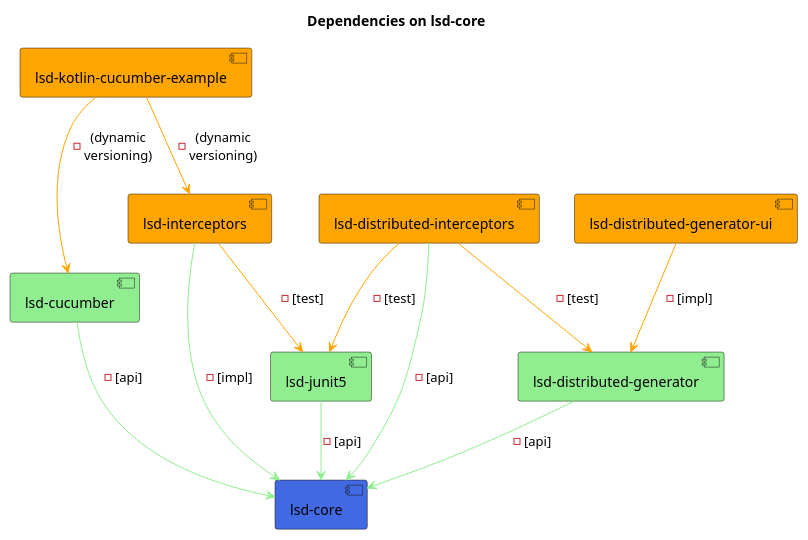
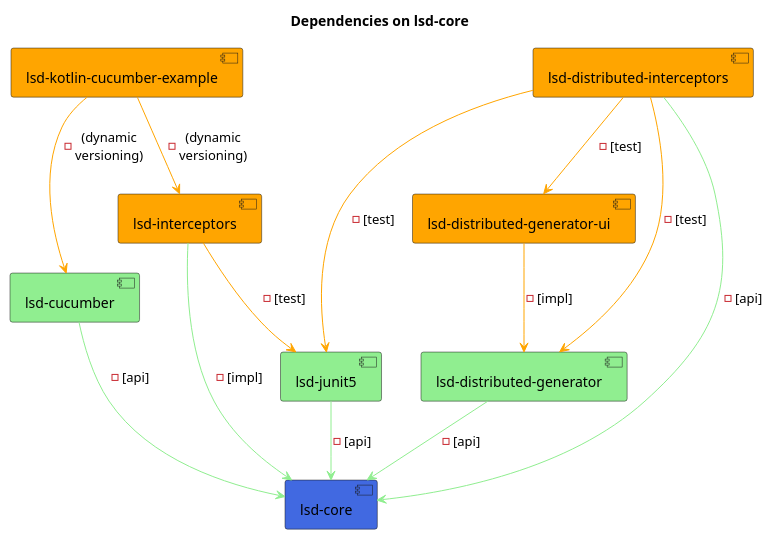
Before and after one commit to lsd-consulting/lsd-core: the diagram in docs/project_dependency_graph.puml, drawn with PlantUML.

Commit message:
chore: update dependency puml

```diff
--- a/docs/project_dependency_graph.puml
+++ b/docs/project_dependency_graph.puml
@@ -4,30 +4,31 @@
 @startuml
 title Dependencies on lsd-core
 
 component "lsd-core"#royalblue
 component "lsd-junit5"#lightgreen
 component "lsd-cucumber"#lightgreen
 component "lsd-distributed-generator"#lightgreen
 component "lsd-interceptors"#orange
 component "lsd-distributed-interceptors"#orange
 component "lsd-distributed-generator-ui"#orange
 component "lsd-kotlin-cucumber-example"#orange
 
 [lsd-junit5] -[#lightgreen]-> [lsd-core] : -[api]
 
 [lsd-cucumber] -[#lightgreen]-> [lsd-core] : -[api]
 [lsd-interceptors] -[#lightgreen]-> [lsd-core] : -[impl]
 
 [lsd-distributed-generator-ui] -[#orange]-> [lsd-distributed-generator] : -[impl]
 [lsd-distributed-generator] -[#lightgreen]-> [lsd-core] : -[api]
 
 [lsd-distributed-interceptors] -[#orange]-> [lsd-distributed-generator] : -[test]
+[lsd-distributed-interceptors] -[#orange]-> [lsd-distributed-generator-ui] : -[test]
 [lsd-distributed-interceptors] -[#lightgreen]-> [lsd-core] : -[api]
 [lsd-distributed-interceptors] -[#orange]-> [lsd-junit5] : -[test]
 [lsd-interceptors] -[#orange]-> [lsd-junit5] : -[test]
 [lsd-kotlin-cucumber-example] -[#orange]-> [lsd-cucumber] : -(dynamic\nversioning)
 [lsd-kotlin-cucumber-example] -[#orange]-> [lsd-interceptors] : -(dynamic\nversioning)
 
 hide unlinked
 
 @enduml
```
